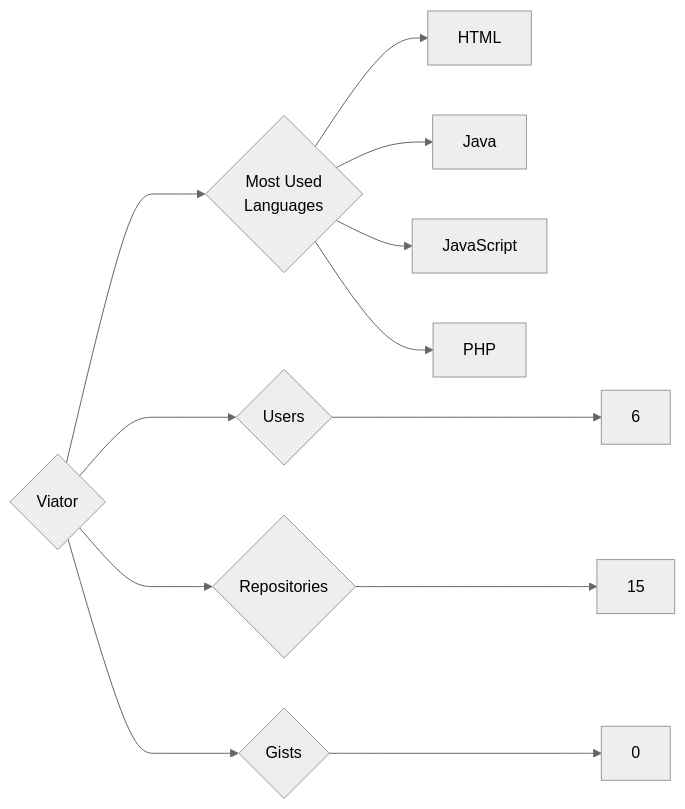
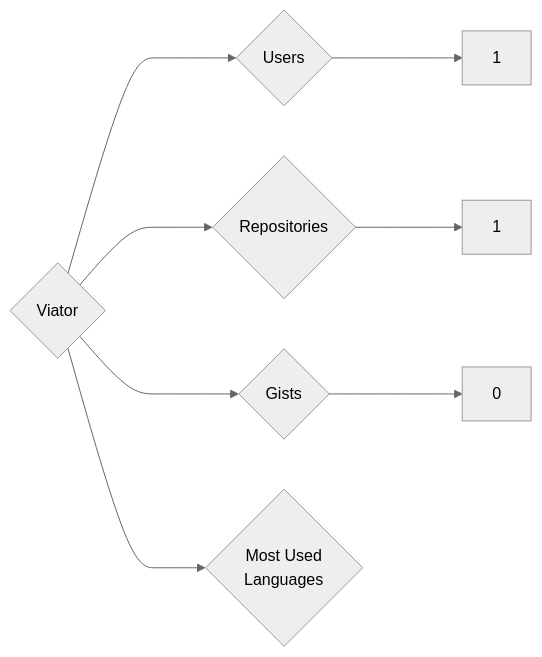
One commit to trickest/insiders changed the diagram in targets/Viator/README.md. Above: the diagram before and after it, drawn with Mermaid (neutral theme). The commit also changed 851 other files, not shown here.

````diff
--- a/targets/Viator/README.md
+++ b/targets/Viator/README.md
@@ -3,12 +3,8 @@
 ```mermaid
 graph LR
 COMPANY_NAME{Viator}
-COMPANY_NAME ---> U{Users} ---> UN[6]
-COMPANY_NAME ---> R{Repositories} ---> RN[15]
+COMPANY_NAME ---> U{Users} ---> UN[1]
+COMPANY_NAME ---> R{Repositories} ---> RN[1]
 COMPANY_NAME ---> G{Gists} ---> GN[0]
 COMPANY_NAME ---> ML{Most Used<br>Languages}
-ML --> HTML[HTML]
-ML --> Java[Java]
-ML --> JavaScript[JavaScript]
-ML --> PHP[PHP]
 ```
````
